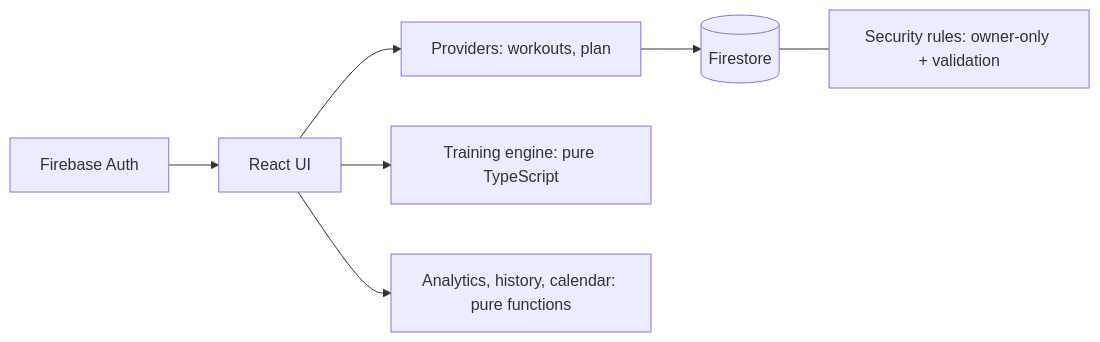
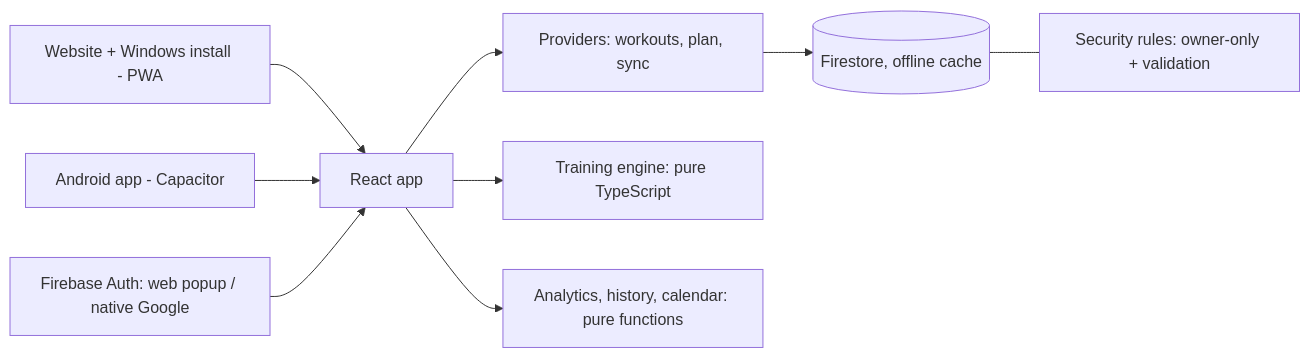
One commit to AbuData2025/Momentum-2.0 changed the diagram in README.md. Above: the diagram before and after it, drawn with Mermaid. The commit also changed other lines of this file, not shown here.

````diff
--- a/README.md
+++ b/README.md
@@ -29,9 +43,11 @@
 ```mermaid
 flowchart LR
-  UI[React UI] --> Hooks[Providers: workouts, plan]
-  Hooks --> FS[(Firestore)]
-  UI --> Engine[Training engine: pure TypeScript]
-  UI --> Lib[Analytics, history, calendar: pure functions]
-  Auth[Firebase Auth] --> UI
+  Web[Website + Windows install - PWA] --> App
+  Android[Android app - Capacitor] --> App
+  App[React app] --> Providers[Providers: workouts, plan, sync]
+  Providers --> FS[(Firestore, offline cache)]
+  App --> Engine[Training engine: pure TypeScript]
+  App --> Lib[Analytics, history, calendar: pure functions]
+  Auth[Firebase Auth: web popup / native Google] --> App
   FS --- Rules[Security rules: owner-only + validation]
 ```
````
